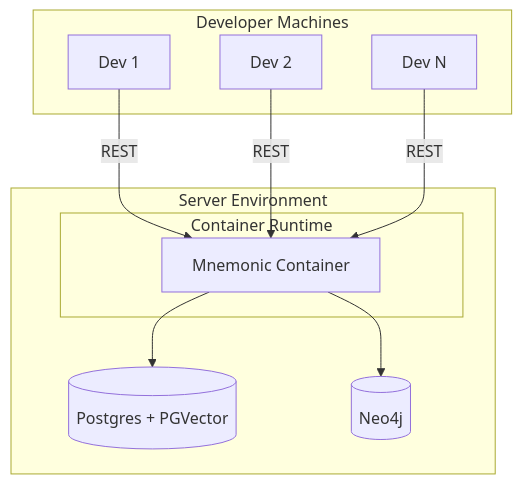
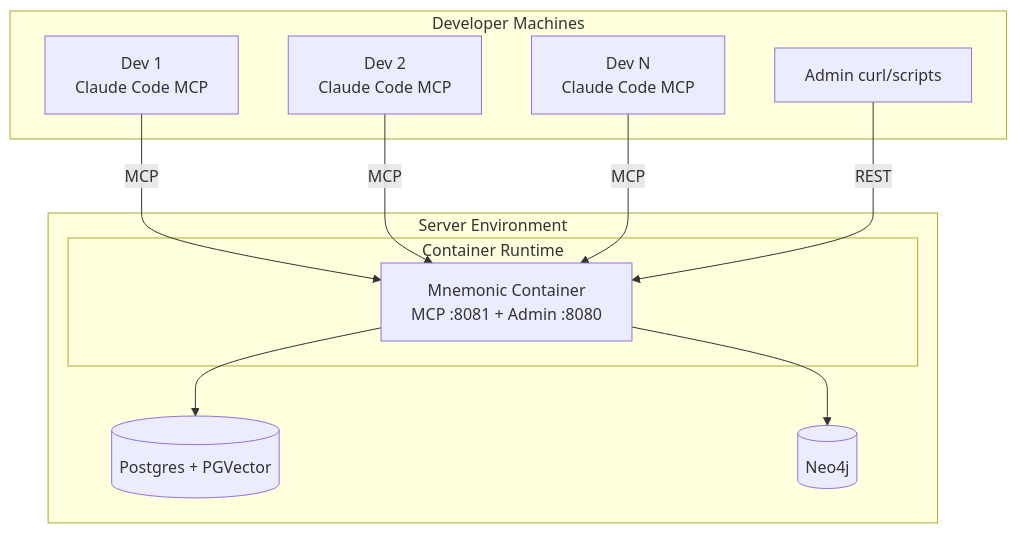
One commit to twistingmercury/mnemonic-mcp changed the third of 7 diagrams in docs/architecture/05-deployment-architecture.md. Above: the diagram before and after it, drawn with Mermaid. The commit also changed other lines of this file and 63 other files, not shown here.

````diff
--- a/docs/architecture/05-deployment-architecture.md
+++ b/docs/architecture/05-deployment-architecture.md
@@ -69,22 +80,24 @@
 ```mermaid
 graph TB
     subgraph "Developer Machines"
-        D1[Dev 1]
-        D2[Dev 2]
-        DN[Dev N]
+        D1[Dev 1<br/>Claude Code MCP]
+        D2[Dev 2<br/>Claude Code MCP]
+        DN[Dev N<br/>Claude Code MCP]
+        ADMIN[Admin curl/scripts]
     end
 
     subgraph "Server Environment"
         subgraph "Container Runtime"
-            MN_C[Mnemonic Container]
+            MN_C[Mnemonic Container<br/>MCP :8081 + Admin :8080]
         end
         PG[(Postgres + PGVector)]
         NEO[(Neo4j)]
     end
 
-    D1 -->|"REST"| MN_C
-    D2 -->|"REST"| MN_C
-    DN -->|"REST"| MN_C
+    D1 -->|"MCP"| MN_C
+    D2 -->|"MCP"| MN_C
+    DN -->|"MCP"| MN_C
+    ADMIN -->|"REST"| MN_C
     MN_C --> PG
     MN_C --> NEO
 ```
````
